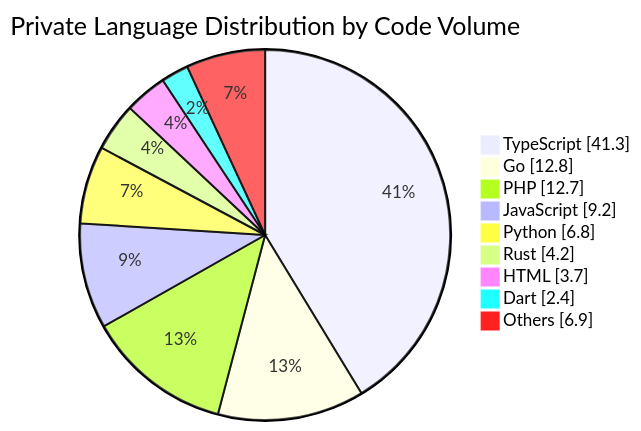
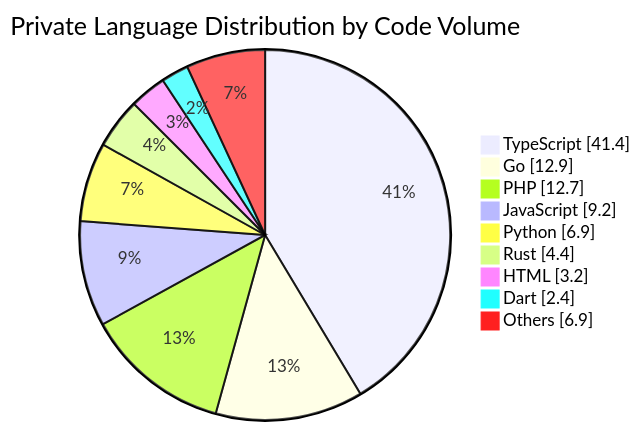
One commit to Lamy210/Lamy210 changed the diagram in README.md. Above: the diagram before and after it, drawn with Mermaid. The commit also changed other lines of this file, not shown here.

Commit message:
chore: update private technology summary [skip ci]

````diff
--- a/README.md
+++ b/README.md
@@ -47,13 +47,13 @@
 ```mermaid
 pie showData
     title Private Language Distribution by Code Volume
-    "TypeScript" : 41.3
-    "Go" : 12.8
+    "TypeScript" : 41.4
+    "Go" : 12.9
     "PHP" : 12.7
     "JavaScript" : 9.2
-    "Python" : 6.8
-    "Rust" : 4.2
-    "HTML" : 3.7
+    "Python" : 6.9
+    "Rust" : 4.4
+    "HTML" : 3.2
     "Dart" : 2.4
     "Others" : 6.9
 ```
````
